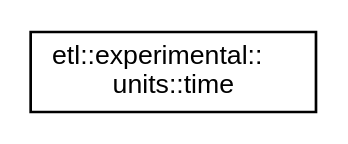
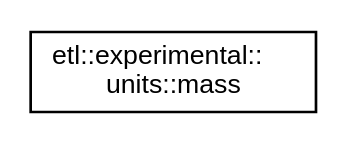
Before and after one commit to tobanteAudio/taetl: the diagram in inherit_graph_17.dot, drawn with Graphviz. The commit also changed 117 other files, not shown here.

```diff
--- a/inherit_graph_17.dot
+++ b/inherit_graph_17.dot
@@ -1,7 +1,7 @@
 digraph "Graphical Class Hierarchy"
 {
   edge [fontname="Helvetica",fontsize="10",labelfontname="Helvetica",labelfontsize="10"];
   node [fontname="Helvetica",fontsize="10",shape=record];
   rankdir="LR";
-  Node0 [label="etl::experimental::\lunits::time",height=0.2,width=0.4,color="black", fillcolor="white", style="filled",URL="$structetl_1_1experimental_1_1units_1_1time.html"];
+  Node0 [label="etl::experimental::\lunits::mass",height=0.2,width=0.4,color="black", fillcolor="white", style="filled",URL="$structetl_1_1experimental_1_1units_1_1mass.html"];
 }
```
